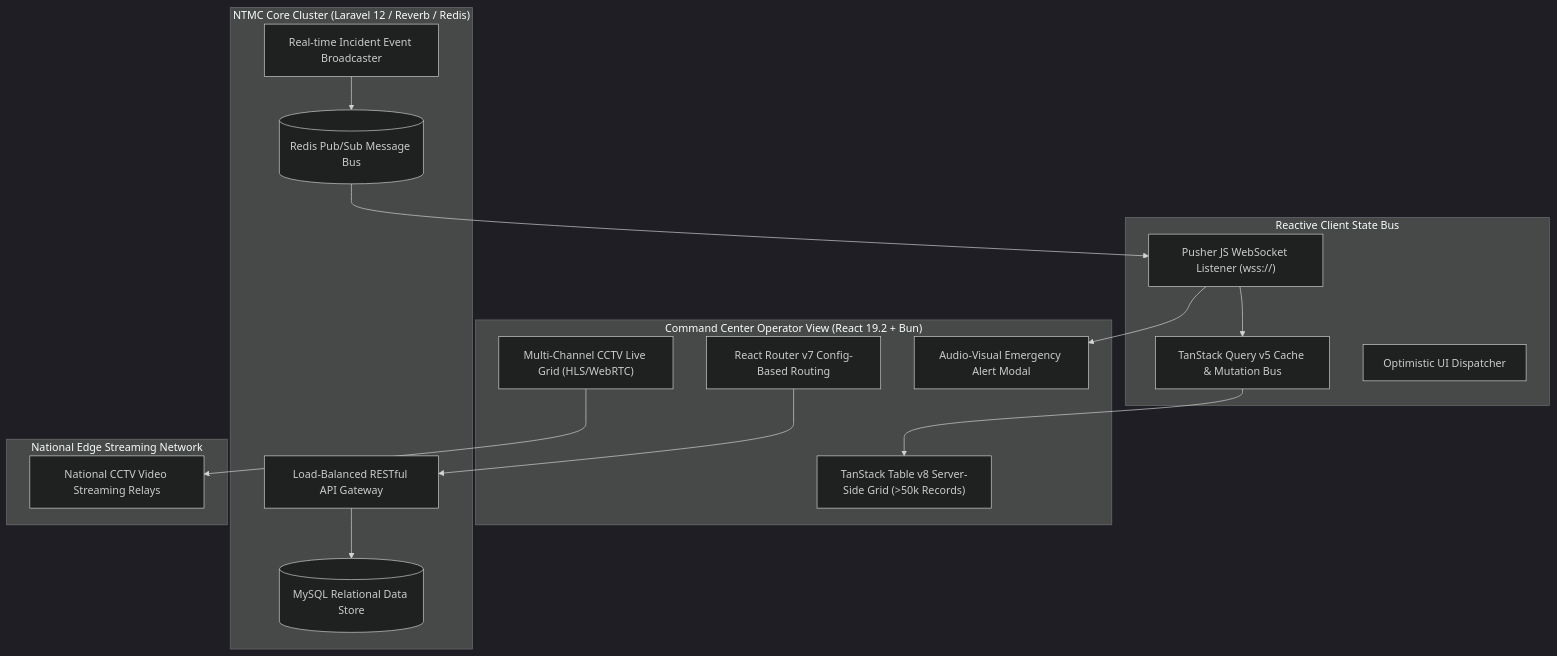
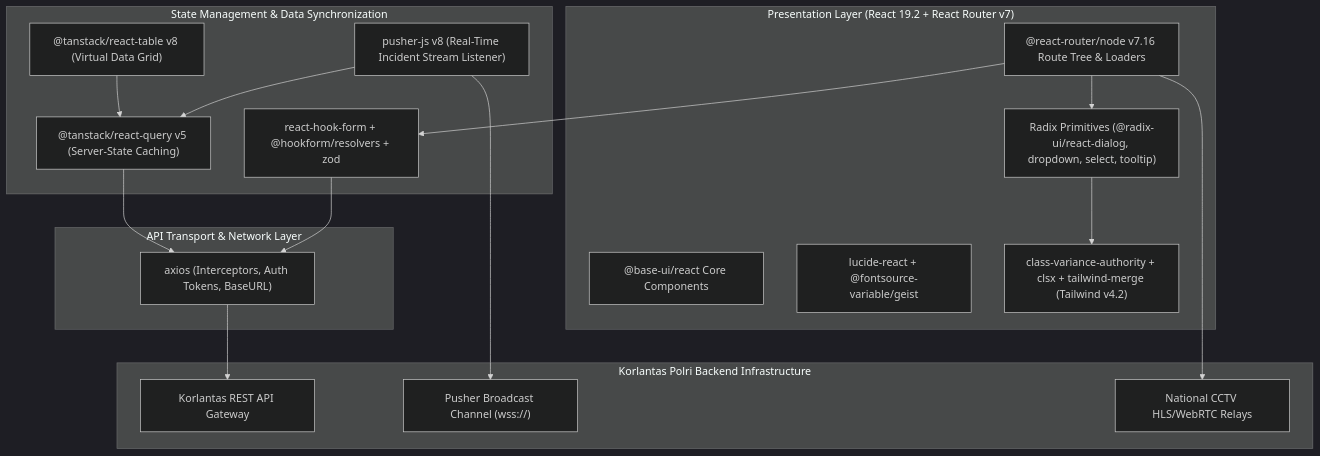
The diagram in experience/pt-lapantiga-solusi-algoritma/overview-projects/koda-fe-utama/ARCHITECTURE.md (MHendriF/my-resume), drawn with Mermaid (dark theme) before and after one commit. The commit also changed other lines of this file and 27 other files, not shown here.

Commit message:
docs: synchronize all ARCHITECTURE.md files with exact package.json and composer.json manifests

````diff
--- a/experience/pt-lapantiga-solusi-algoritma/overview-projects/koda-fe-utama/ARCHITECTURE.md
+++ b/experience/pt-lapantiga-solusi-algoritma/overview-projects/koda-fe-utama/ARCHITECTURE.md
@@ -19,34 +19,36 @@
 ```mermaid
 flowchart TD
-    subgraph OperationalView ["Command Center Operator View (React 19.2 + Bun)"]
-        RouterView["React Router v7 Config-Based Routing"]
-        CCTVGrid["Multi-Channel CCTV Live Grid (HLS/WebRTC)"]
-        DataTable["TanStack Table v8 Server-Side Grid (>50k Records)"]
-        AlertBanner["Audio-Visual Emergency Alert Modal"]
+    subgraph PresentationLayer ["Presentation Layer (React 19.2 + React Router v7)"]
+        RouterView["@react-router/node v7.16 Route Tree & Loaders"]
+        RadixUI["Radix Primitives (@radix-ui/react-dialog, dropdown, select, tooltip)"]
+        BaseUI["@base-ui/react Core Components"]
+        LucideIcons["lucide-react + @fontsource-variable/geist"]
+        CVA["class-variance-authority + clsx + tailwind-merge (Tailwind v4.2)"]
     end
 
-    subgraph StateAndCache ["Reactive Client State Bus"]
-        TanStackQuery["TanStack Query v5 Cache & Mutation Bus"]
-        PusherClient["Pusher JS WebSocket Listener (wss://)"]
-        OptimisticStore["Optimistic UI Dispatcher"]
+    subgraph StateAndQuery ["State Management & Data Synchronization"]
+        QueryCache["@tanstack/react-query v5 (Server-State Caching)"]
+        TableGrid["@tanstack/react-table v8 (Virtual Data Grid)"]
+        FormValidation["react-hook-form + @hookform/resolvers + zod"]
+        PusherWS["pusher-js v8 (Real-Time Incident Stream Listener)"]
     end
 
-    subgraph BackendCore ["NTMC Core Cluster (Laravel 12 / Reverb / Redis)"]
-        API_Cluster["Load-Balanced RESTful API Gateway"]
-        EventBroadcaster["Real-time Incident Event Broadcaster"]
-        RedisPubSub[(Redis Pub/Sub Message Bus)]
-        MySQLMaster[(MySQL Relational Data Store)]
+    subgraph TransportGateway ["API Transport & Network Layer"]
+        AxiosClient["axios (Interceptors, Auth Tokens, BaseURL)"]
     end
 
-    subgraph EdgeStreams ["National Edge Streaming Network"]
-        CCTVMediaServer["National CCTV Video Streaming Relays"]
+    subgraph BackendServices ["Korlantas Polri Backend Infrastructure"]
+        APIGateway["Korlantas REST API Gateway"]
+        PusherServer["Pusher Broadcast Channel (wss://)"]
+        CCTVStreams["National CCTV HLS/WebRTC Relays"]
     end
 
-    PusherClient --> AlertBanner
-    PusherClient --> TanStackQuery
-    TanStackQuery --> DataTable
-    CCTVGrid --> CCTVMediaServer
-    RouterView --> API_Cluster
-    EventBroadcaster --> RedisPubSub --> PusherClient
-    API_Cluster --> MySQLMaster
+    RouterView --> RadixUI --> CVA
+    RouterView --> FormValidation
+    FormValidation --> AxiosClient
+    QueryCache --> AxiosClient --> APIGateway
+    PusherWS --> PusherServer
+    PusherWS --> QueryCache
+    TableGrid --> QueryCache
+    RouterView --> CCTVStreams
 ```
````
